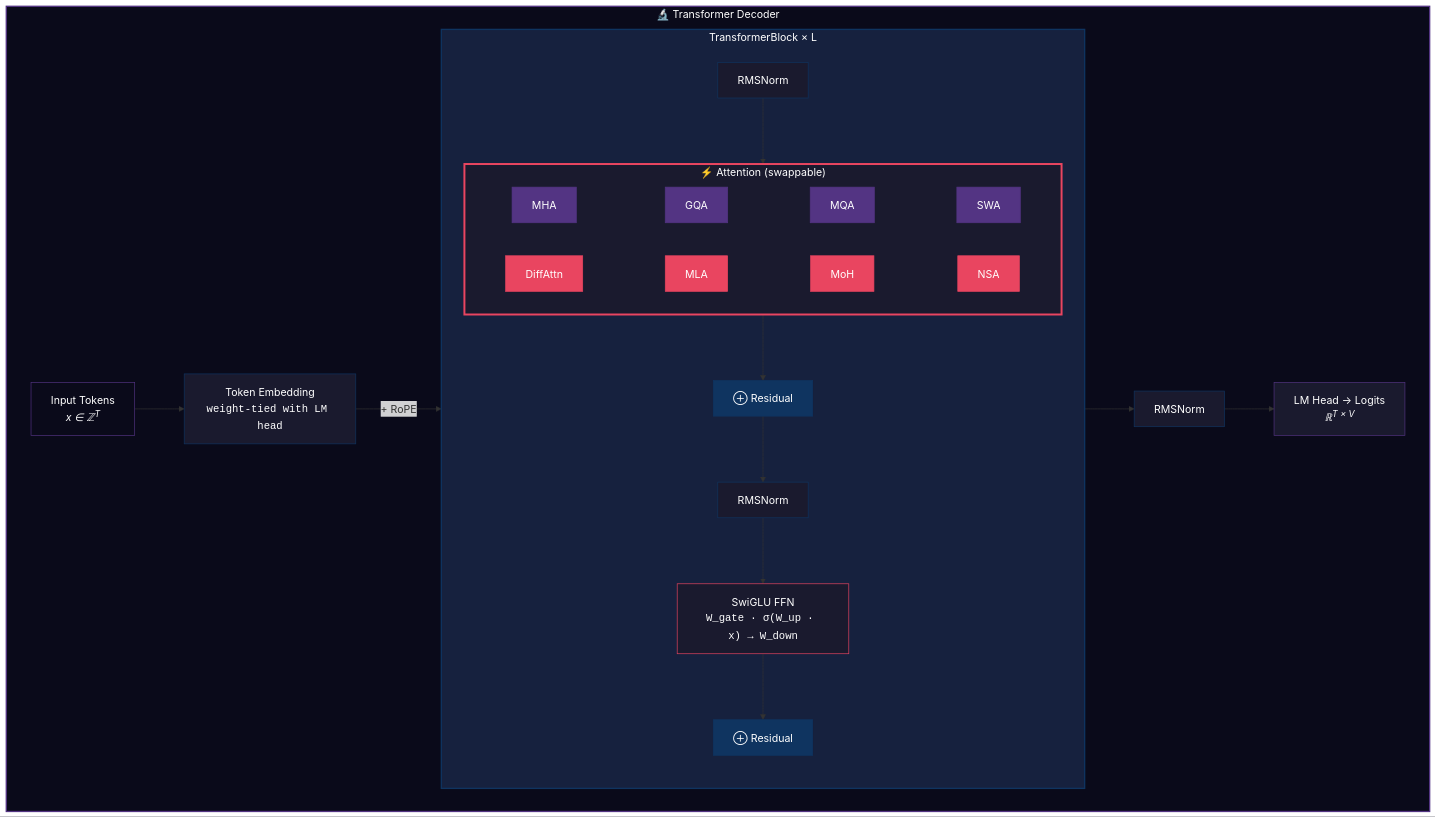
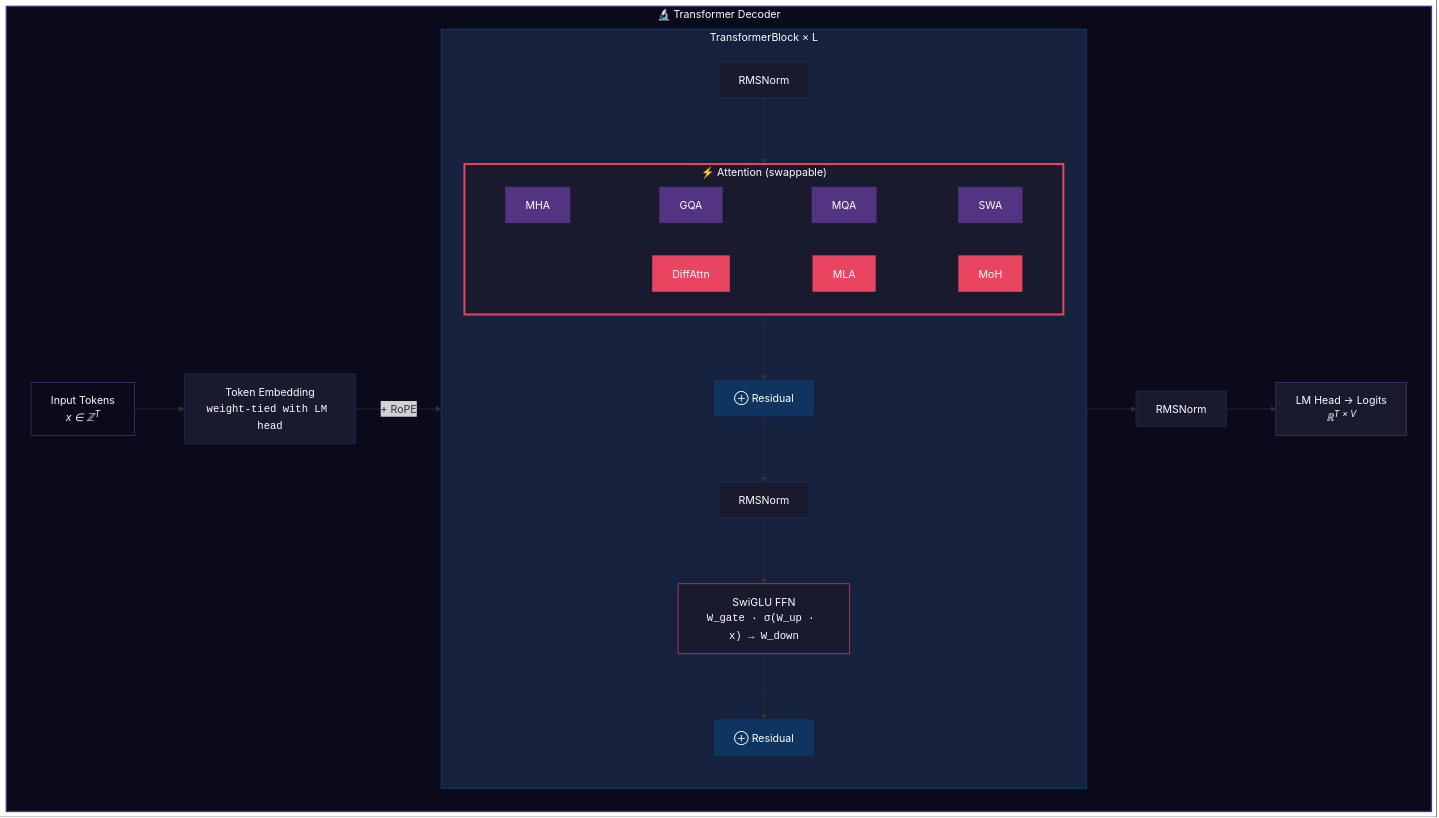
One commit to yacine-baghli/minilm-bench changed the diagram in README.md. Above: the diagram before and after it, drawn with Mermaid. The commit also changed other lines of this file and 1 other file, not shown here.

````diff
--- a/README.md
+++ b/README.md
@@ -35,47 +37,46 @@
 ```mermaid
 graph TD
     subgraph Transformer["🔬 Transformer Decoder"]
         Input["Input Tokens<br/><i>x ∈ ℤ<sup>T</sup></i>"] --> Emb["Token Embedding<br/><code>weight-tied with LM head</code>"]
         Emb --> |"+ RoPE"| Block
 
         subgraph Block["TransformerBlock × L"]
             direction TB
             N1["RMSNorm"] --> Attn
 
             subgraph Attn["⚡ Attention (swappable)"]
                 direction LR
                 A1["MHA"] ~~~ A2["GQA"] ~~~ A3["MQA"] ~~~ A4["SWA"]
-                A5["DiffAttn"] ~~~ A6["MLA"] ~~~ A7["MoH"] ~~~ A8["NSA"]
+                A5["DiffAttn"] ~~~ A6["MLA"] ~~~ A7["MoH"]
             end
 
             Attn --> Res1["⊕ Residual"]
             Res1 --> N2["RMSNorm"]
             N2 --> FFN["SwiGLU FFN<br/><code>W_gate · σ(W_up · x) → W_down</code>"]
             FFN --> Res2["⊕ Residual"]
         end
 
         Block --> FinalNorm["RMSNorm"]
         FinalNorm --> Head["LM Head → Logits<br/><i>ℝ<sup>T × V</sup></i>"]
     end
 
     style Attn fill:#1a1a2e,stroke:#e94560,stroke-width:3px,color:#fff
     style Block fill:#16213e,stroke:#0f3460,stroke-width:2px,color:#fff
     style Transformer fill:#0a0a1a,stroke:#533483,stroke-width:2px,color:#fff
     style Emb fill:#1a1a2e,stroke:#0f3460,color:#fff
     style N1 fill:#1a1a2e,stroke:#0f3460,color:#fff
     style N2 fill:#1a1a2e,stroke:#0f3460,color:#fff
     style FFN fill:#1a1a2e,stroke:#e94560,color:#fff
     style FinalNorm fill:#1a1a2e,stroke:#0f3460,color:#fff
     style Head fill:#1a1a2e,stroke:#533483,color:#fff
     style Input fill:#0a0a1a,stroke:#533483,color:#fff
     style Res1 fill:#0f3460,stroke:#0f3460,color:#fff
     style Res2 fill:#0f3460,stroke:#0f3460,color:#fff
     style A1 fill:#533483,stroke:#533483,color:#fff
     style A2 fill:#533483,stroke:#533483,color:#fff
     style A3 fill:#533483,stroke:#533483,color:#fff
     style A4 fill:#533483,stroke:#533483,color:#fff
     style A5 fill:#e94560,stroke:#e94560,color:#fff
     style A6 fill:#e94560,stroke:#e94560,color:#fff
     style A7 fill:#e94560,stroke:#e94560,color:#fff
-    style A8 fill:#e94560,stroke:#e94560,color:#fff
 ```
````
